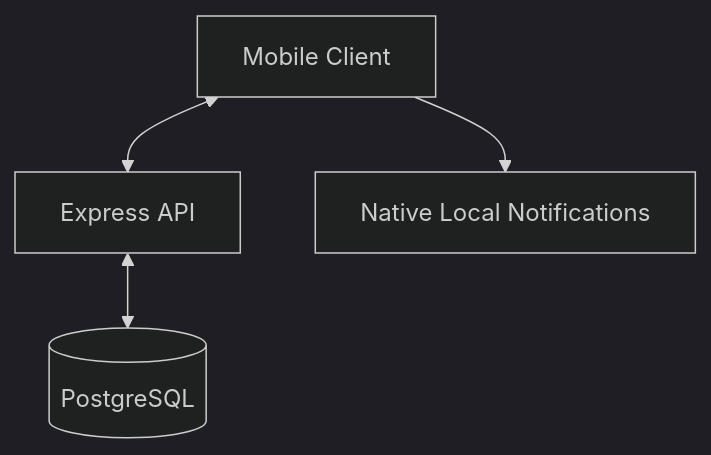
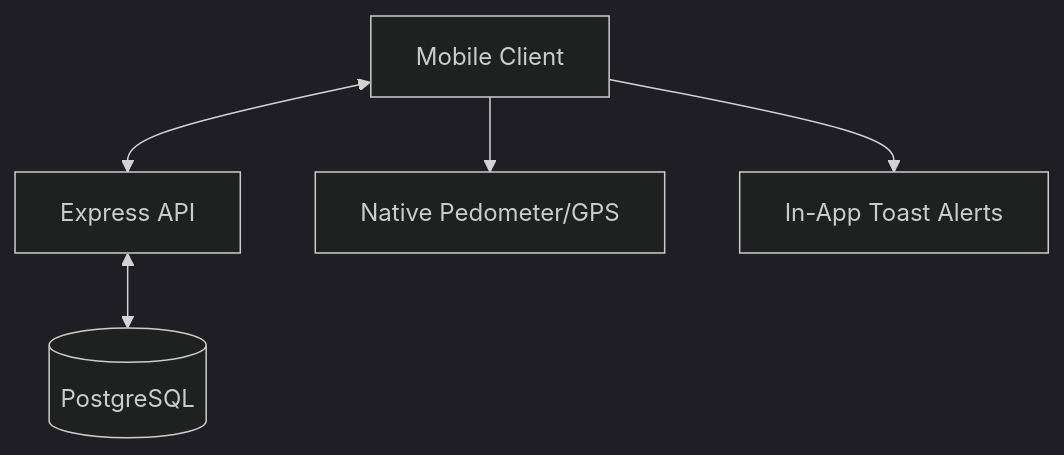
Before and after one commit to TomFirth/ChallengeFit: the diagram in DESIGN.md, drawn with Mermaid (dark theme). The commit also changed other lines of this file and 29 other files, not shown here.

````diff
--- a/DESIGN.md
+++ b/DESIGN.md
@@ -18,6 +19,7 @@
 ```mermaid
 graph TD
     Client[Mobile Client] <--> API[Express API]
     API <--> DB[(PostgreSQL)]
-    Client --> LocalNotif[Native Local Notifications]
+    Client --> Sensors[Native Pedometer/GPS]
+    Client --> LocalAlerts[In-App Toast Alerts]
 ```
````
